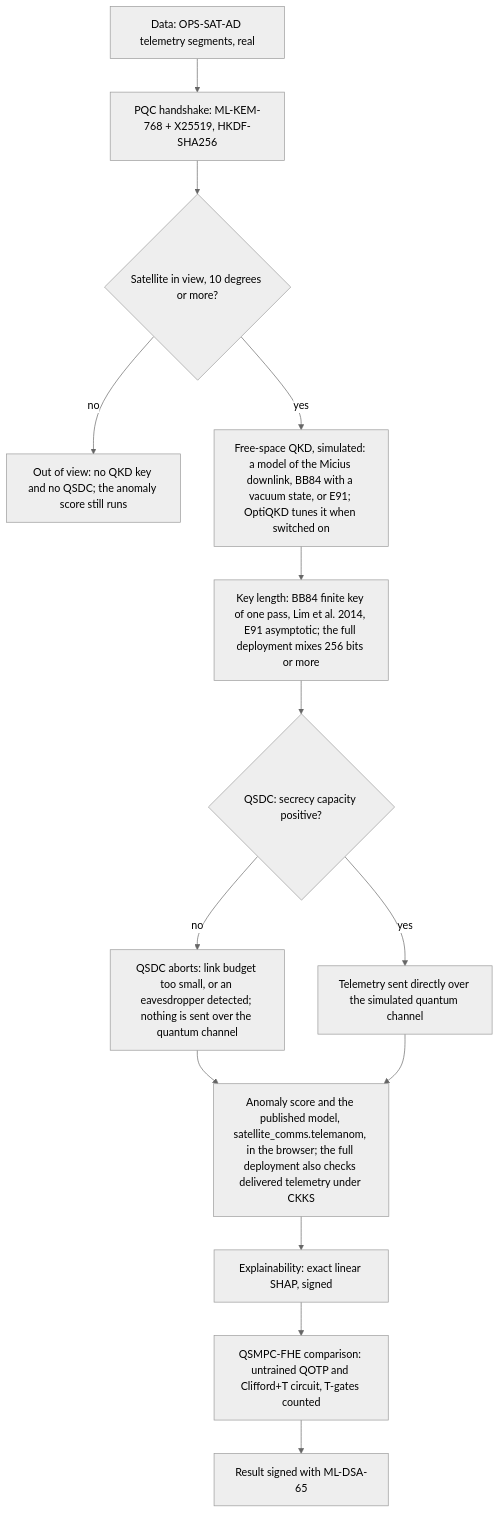
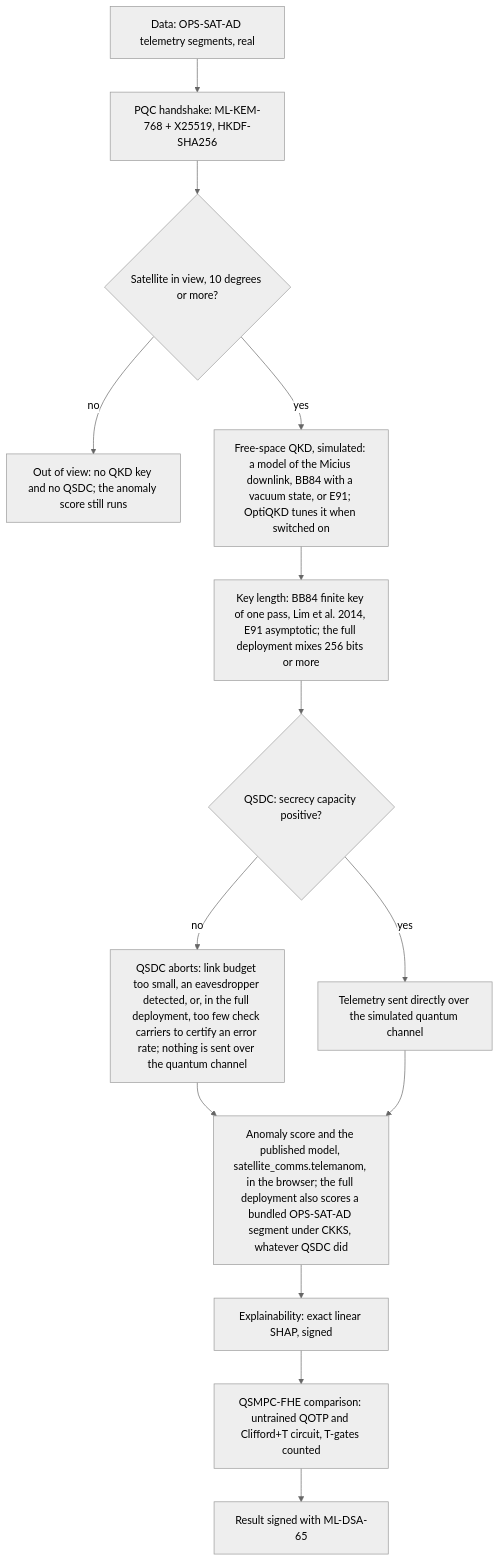
Before and after one commit to Quantum-Daemons/QSMPC-QKD-QHE-AI-Hybrid: the seventh of 11 diagrams in README.md, drawn with Mermaid (neutral theme). The commit also changed other lines of this file and 38 other files, not shown here.

````diff
--- a/README.md
+++ b/README.md
@@ -242,29 +242,29 @@
 ```mermaid
 flowchart TB
   D["Data: OPS-SAT-AD telemetry segments, real"]
   H["PQC handshake: ML-KEM-768 + X25519, HKDF-SHA256"]
   V{"Satellite in view, 10 degrees or more?"}
   NV["Out of view: no QKD key and no QSDC; the anomaly score still runs"]
   K["Free-space QKD, simulated: a model of the Micius downlink, BB84 with a vacuum state, or E91; OptiQKD tunes it when switched on"]
   L["Key length: BB84 finite key of one pass, Lim et al. 2014, E91 asymptotic; the full deployment mixes 256 bits or more"]
   QD{"QSDC: secrecy capacity positive?"}
-  NA["QSDC aborts: link budget too small, or an eavesdropper detected; nothing is sent over the quantum channel"]
+  NA["QSDC aborts: link budget too small, an eavesdropper detected, or, in the full deployment, too few check carriers to certify an error rate; nothing is sent over the quantum channel"]
   T["Telemetry sent directly over the simulated quantum channel"]
-  A["Anomaly score and the published model, satellite_comms.telemanom, in the browser; the full deployment also checks delivered telemetry under CKKS"]
+  A["Anomaly score and the published model, satellite_comms.telemanom, in the browser; the full deployment also scores a bundled OPS-SAT-AD segment under CKKS, whatever QSDC did"]
   X["Explainability: exact linear SHAP, signed"]
   C["QSMPC-FHE comparison: untrained QOTP and Clifford+T circuit, T-gates counted"]
   S["Result signed with ML-DSA-65"]
   D --> H
   H --> V
   V -->|no| NV
   V -->|yes| K
   K --> L
   L --> QD
   QD -->|no| NA
   QD -->|yes| T
   NA --> A
   T --> A
   A --> X
   X --> C
   C --> S
 ```
````
